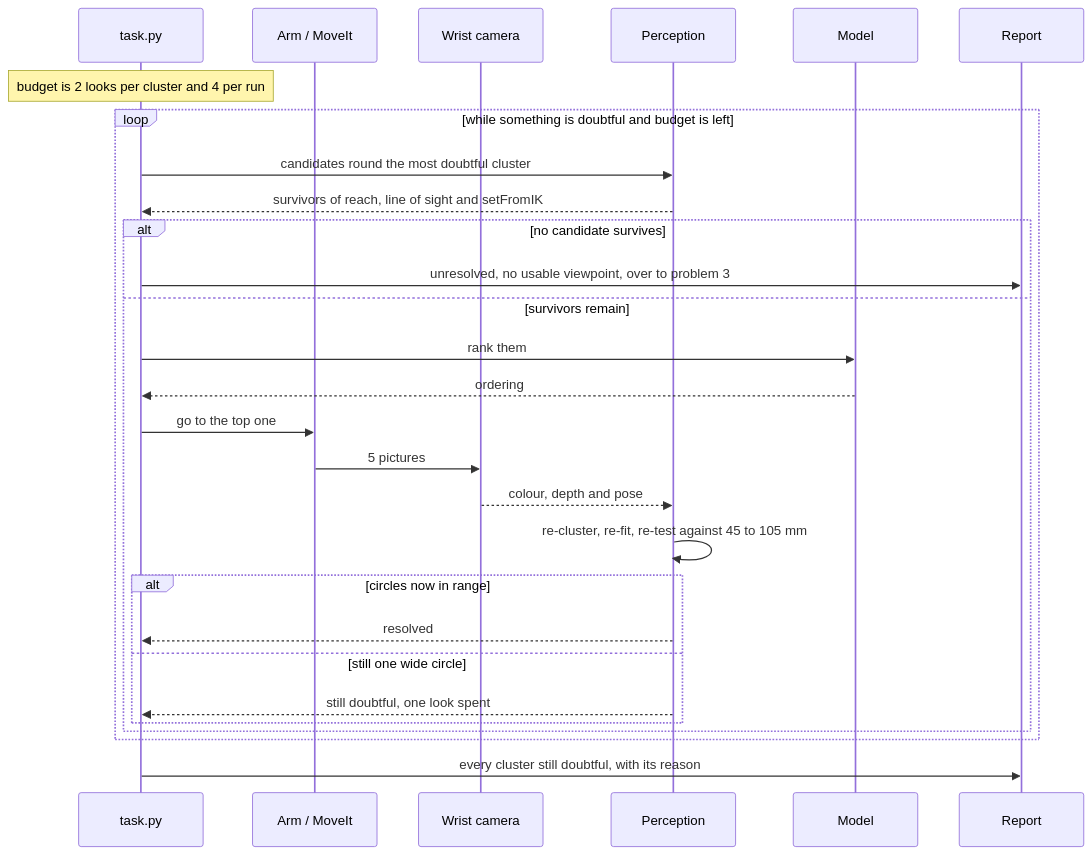
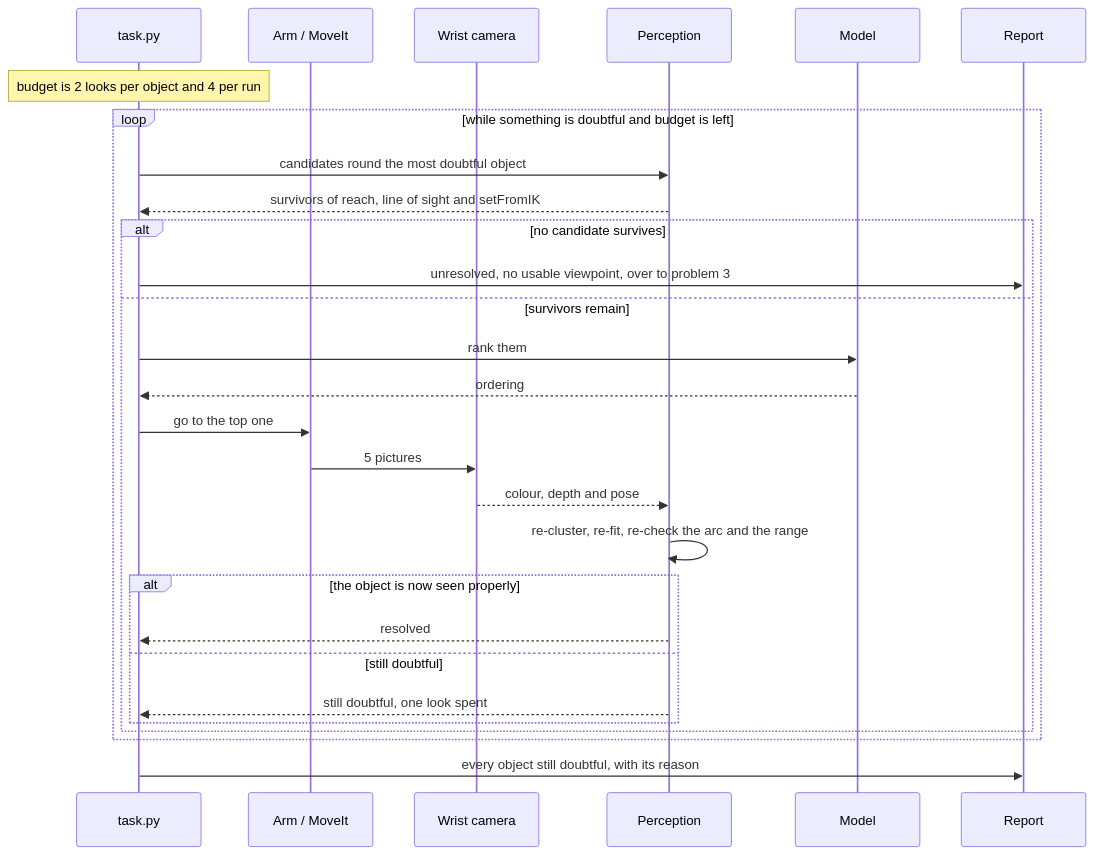
The second of 3 diagrams in v5-pick-glasses/docs/problem-2/solutions/04-learned-doubt-steers-the-next-picture.md (RobinNagpal/robot-arm-projects), drawn with Mermaid before and after one commit. The commit also changed other lines of this file and 5 other files, not shown here.

````diff
--- a/v5-pick-glasses/docs/problem-2/solutions/04-learned-doubt-steers-the-next-picture.md
+++ b/v5-pick-glasses/docs/problem-2/solutions/04-learned-doubt-steers-the-next-picture.md
@@ -209,31 +220,31 @@
 ```mermaid
 sequenceDiagram
     participant T as task.py
     participant A as Arm / MoveIt
     participant C as Wrist camera
     participant P as Perception
     participant M as Model
     participant R as Report
 
-    Note over T: budget is 2 looks per cluster and 4 per run
+    Note over T: budget is 2 looks per object and 4 per run
     loop while something is doubtful and budget is left
-        T->>P: candidates round the most doubtful cluster
+        T->>P: candidates round the most doubtful object
         P-->>T: survivors of reach, line of sight and setFromIK
         alt no candidate survives
             T->>R: unresolved, no usable viewpoint, over to problem 3
         else survivors remain
             T->>M: rank them
             M-->>T: ordering
             T->>A: go to the top one
             A->>C: 5 pictures
             C-->>P: colour, depth and pose
-            P->>P: re-cluster, re-fit, re-test against 45 to 105 mm
-            alt circles now in range
+            P->>P: re-cluster, re-fit, re-check the arc and the range
+            alt the object is now seen properly
                 P-->>T: resolved
-            else still one wide circle
+            else still doubtful
                 P-->>T: still doubtful, one look spent
             end
         end
     end
-    T->>R: every cluster still doubtful, with its reason
+    T->>R: every object still doubtful, with its reason
 ```
````
